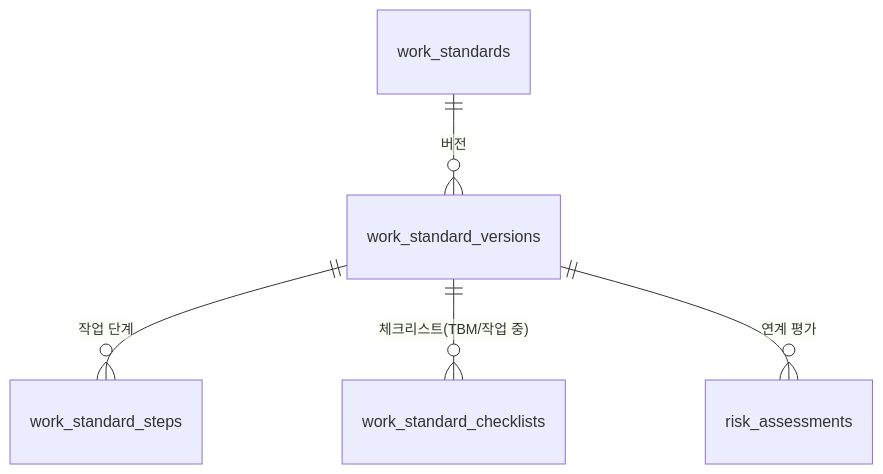
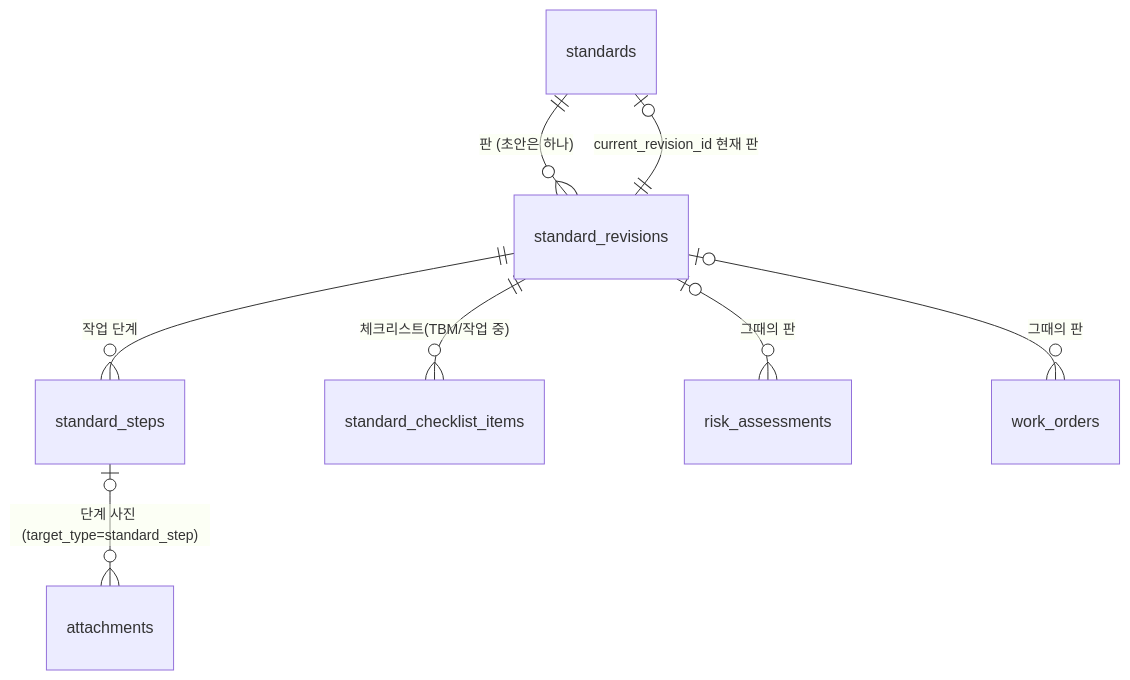
One commit to minq11/SMBE changed the fourth of 9 diagrams in docs/SMBE-schema-v5.5.md. Above: the diagram before and after it, drawn with Mermaid. The commit also changed other lines of this file and 14 other files, not shown here.

````diff
--- a/docs/SMBE-schema-v5.5.md
+++ b/docs/SMBE-schema-v5.5.md
@@ -321,7 +329,10 @@
 ```mermaid
 erDiagram
-  work_standards ||--o{ work_standard_versions : "버전"
-  work_standard_versions ||--o{ work_standard_steps : "작업 단계"
-  work_standard_versions ||--o{ work_standard_checklists : "체크리스트(TBM/작업 중)"
-  work_standard_versions ||--o{ risk_assessments : "연계 평가"
+  standards ||--o{ standard_revisions : "판 (초안은 하나)"
+  standards |o--|| standard_revisions : "current_revision_id 현재 판"
+  standard_revisions ||--o{ standard_steps : "작업 단계"
+  standard_revisions ||--o{ standard_checklist_items : "체크리스트(TBM/작업 중)"
+  standard_revisions |o--o{ risk_assessments : "그때의 판"
+  standard_revisions |o--o{ work_orders : "그때의 판"
+  standard_steps |o--o{ attachments : "단계 사진 (target_type=standard_step)"
 ```
````
